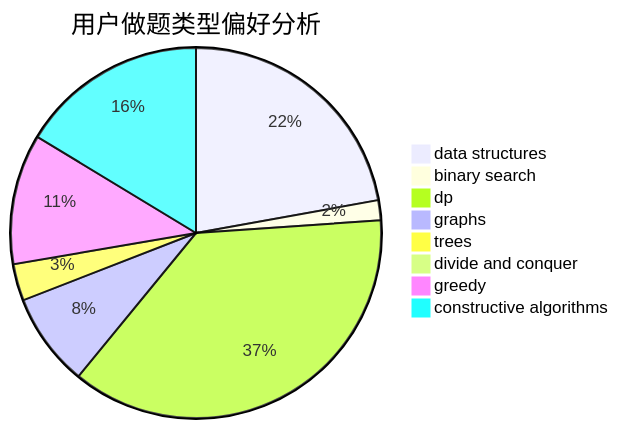
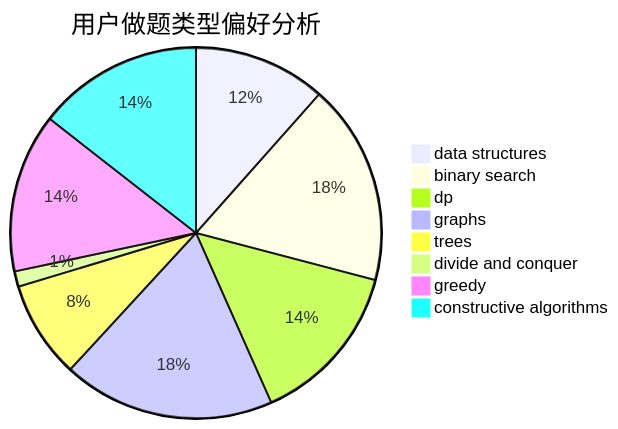
One commit to sherpahu/cfrs.github.io changed the second of 3 diagrams in docs/user/u696.md. Above: the diagram before and after it, drawn with Mermaid. The commit also changed other lines of this file and 2770 other files, not shown here.

````diff
--- a/docs/user/u696.md
+++ b/docs/user/u696.md
@@ -23,11 +23,11 @@
 ```mermaid
 pie title 用户做题类型偏好分析
-    "data structures" :  76
-    "binary search" :  6
-    "dp" :  127
-    "graphs" :  28
-    "trees" :  11
-    "divide and conquer" :  0
-    "greedy" :  39
-    "constructive algorithms" :  56
+    "data structures" :  60
+    "binary search" :  91
+    "dp" :  74
+    "graphs" :  96
+    "trees" :  44
+    "divide and conquer" :  7
+    "greedy" :  72
+    "constructive algorithms" :  75
 ```
````
